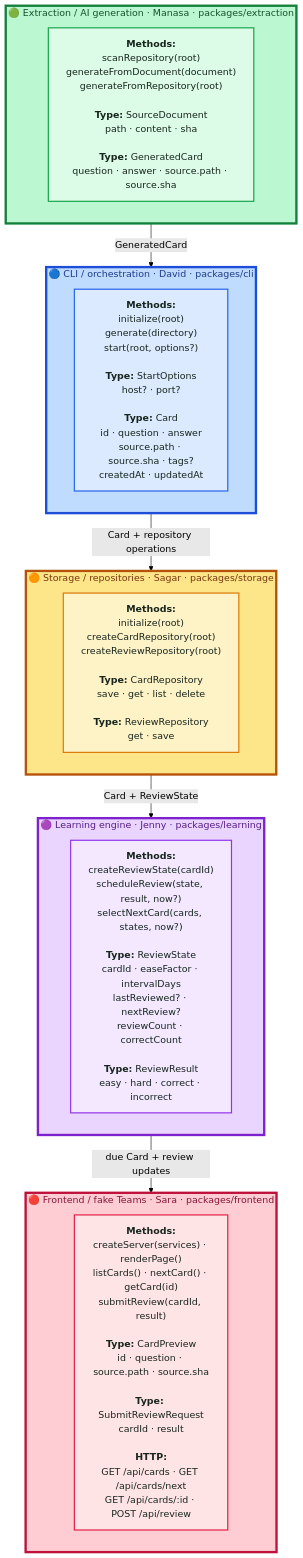
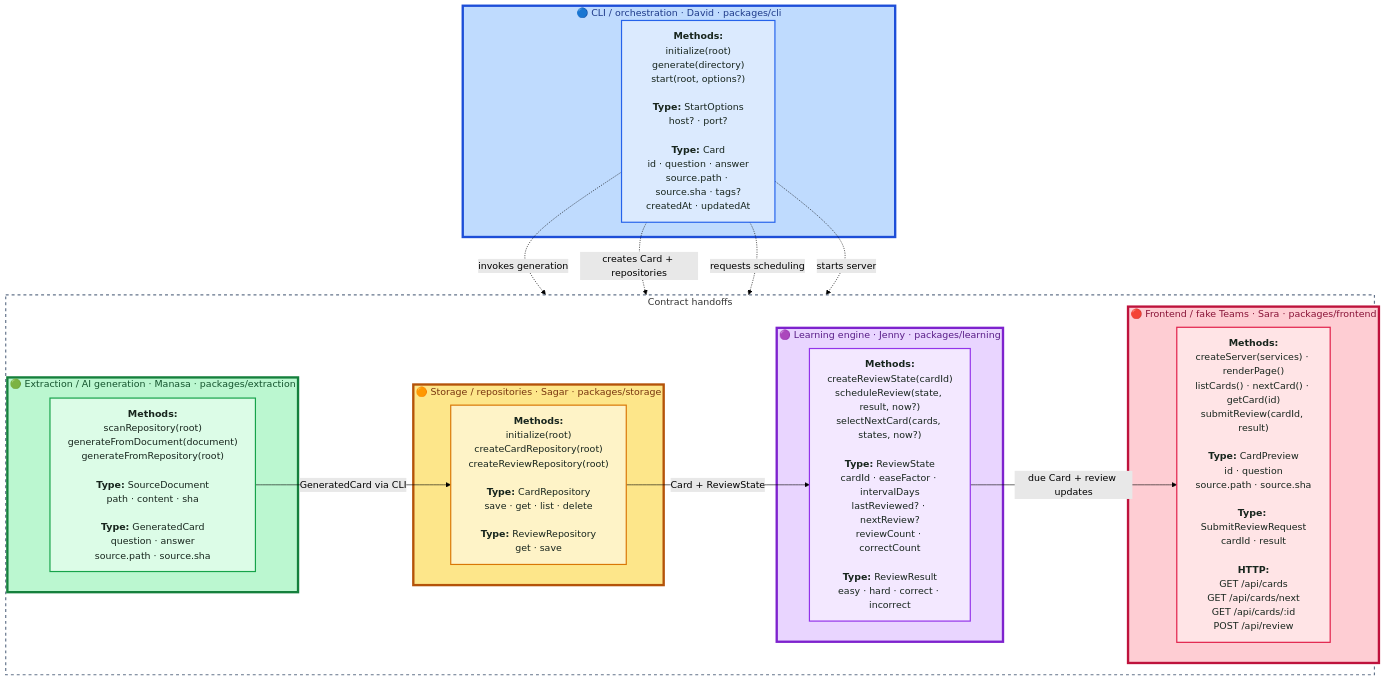
Before and after one commit to flashlearn-ai/flashlearn: the diagram in README.md, drawn with Mermaid (forest theme). The commit also changed other lines of this file and 1 other file, not shown here.

Commit message:
Improve workstream status and contract layout

````diff
--- a/README.md
+++ b/README.md
@@ -87,48 +92,50 @@
 ```mermaid
 flowchart TD
-  subgraph ExtractionRegion["🟢 Extraction / AI generation · Manasa · packages/extraction"]
-    direction TB
-    Extraction["<b>Methods:</b><br/>scanRepository(root)<br/>generateFromDocument(document)<br/>generateFromRepository(root)<br/><br/><b>Type:</b> SourceDocument<br/>path · content · sha<br/><br/><b>Type:</b> GeneratedCard<br/>question · answer · source.path · source.sha"]
-  end
-
   subgraph CLIRegion["🔵 CLI / orchestration · David · packages/cli"]
-    direction TB
     CLI["<b>Methods:</b><br/>initialize(root)<br/>generate(directory)<br/>start(root, options?)<br/><br/><b>Type:</b> StartOptions<br/>host? · port?<br/><br/><b>Type:</b> Card<br/>id · question · answer<br/>source.path · source.sha · tags?<br/>createdAt · updatedAt"]
   end
 
-  subgraph StorageRegion["🟠 Storage / repositories · Sagar · packages/storage"]
-    direction TB
-    Storage["<b>Methods:</b><br/>initialize(root)<br/>createCardRepository(root)<br/>createReviewRepository(root)<br/><br/><b>Type:</b> CardRepository<br/>save · get · list · delete<br/><br/><b>Type:</b> ReviewRepository<br/>get · save"]
+  subgraph PackagePipeline["Contract handoffs"]
+    direction LR
+    subgraph ExtractionRegion["🟢 Extraction / AI generation · Manasa · packages/extraction"]
+      Extraction["<b>Methods:</b><br/>scanRepository(root)<br/>generateFromDocument(document)<br/>generateFromRepository(root)<br/><br/><b>Type:</b> SourceDocument<br/>path · content · sha<br/><br/><b>Type:</b> GeneratedCard<br/>question · answer<br/>source.path · source.sha"]
+    end
+
+    subgraph StorageRegion["🟠 Storage / repositories · Sagar · packages/storage"]
+      Storage["<b>Methods:</b><br/>initialize(root)<br/>createCardRepository(root)<br/>createReviewRepository(root)<br/><br/><b>Type:</b> CardRepository<br/>save · get · list · delete<br/><br/><b>Type:</b> ReviewRepository<br/>get · save"]
+    end
+
+    subgraph LearningRegion["🟣 Learning engine · Jenny · packages/learning"]
+      Learning["<b>Methods:</b><br/>createReviewState(cardId)<br/>scheduleReview(state, result, now?)<br/>selectNextCard(cards, states, now?)<br/><br/><b>Type:</b> ReviewState<br/>cardId · easeFactor · intervalDays<br/>lastReviewed? · nextReview?<br/>reviewCount · correctCount<br/><br/><b>Type:</b> ReviewResult<br/>easy · hard · correct · incorrect"]
+    end
+
+    subgraph FrontendRegion["🔴 Frontend / fake Teams · Sara · packages/frontend"]
+      Frontend["<b>Methods:</b><br/>createServer(services) · renderPage()<br/>listCards() · nextCard() · getCard(id)<br/>submitReview(cardId, result)<br/><br/><b>Type:</b> CardPreview<br/>id · question<br/>source.path · source.sha<br/><br/><b>Type:</b> SubmitReviewRequest<br/>cardId · result<br/><br/><b>HTTP:</b><br/>GET /api/cards<br/>GET /api/cards/next<br/>GET /api/cards/:id<br/>POST /api/review"]
+    end
   end
 
-  subgraph LearningRegion["🟣 Learning engine · Jenny · packages/learning"]
-    direction TB
-    Learning["<b>Methods:</b><br/>createReviewState(cardId)<br/>scheduleReview(state, result, now?)<br/>selectNextCard(cards, states, now?)<br/><br/><b>Type:</b> ReviewState<br/>cardId · easeFactor · intervalDays<br/>lastReviewed? · nextReview?<br/>reviewCount · correctCount<br/><br/><b>Type:</b> ReviewResult<br/>easy · hard · correct · incorrect"]
-  end
-
-  subgraph FrontendRegion["🔴 Frontend / fake Teams · Sara · packages/frontend"]
-    direction TB
-    Frontend["<b>Methods:</b><br/>createServer(services) · renderPage()<br/>listCards() · nextCard() · getCard(id)<br/>submitReview(cardId, result)<br/><br/><b>Type:</b> CardPreview<br/>id · question · source.path · source.sha<br/><br/><b>Type:</b> SubmitReviewRequest<br/>cardId · result<br/><br/><b>HTTP:</b><br/>GET /api/cards · GET /api/cards/next<br/>GET /api/cards/:id · POST /api/review"]
-  end
-
-  Extraction -->|GeneratedCard| CLI
-  CLI -->|Card + repository operations| Storage
+  Extraction -->|GeneratedCard via CLI| Storage
   Storage -->|Card + ReviewState| Learning
   Learning -->|due Card + review updates| Frontend
+  CLI -.->|invokes generation| Extraction
+  CLI -.->|creates Card + repositories| Storage
+  CLI -.->|requests scheduling| Learning
+  CLI -.->|starts server| Frontend
 
   classDef cli fill:#dbeafe,color:#17251d,stroke:#2563eb,stroke-width:2px;
   classDef extraction fill:#dcfce7,color:#17251d,stroke:#16a34a,stroke-width:2px;
   classDef storage fill:#fef3c7,color:#17251d,stroke:#d97706,stroke-width:2px;
   classDef learning fill:#f3e8ff,color:#17251d,stroke:#9333ea,stroke-width:2px;
   classDef frontend fill:#ffe4e6,color:#17251d,stroke:#e11d48,stroke-width:2px;
   class CLI cli;
   class Extraction extraction;
   class Storage storage;
   class Learning learning;
   class Frontend frontend;
   style ExtractionRegion fill:#bbf7d0,stroke:#15803d,stroke-width:4px,color:#14532d
   style CLIRegion fill:#bfdbfe,stroke:#1d4ed8,stroke-width:4px,color:#1e3a8a
   style StorageRegion fill:#fde68a,stroke:#b45309,stroke-width:4px,color:#78350f
   style LearningRegion fill:#e9d5ff,stroke:#7e22ce,stroke-width:4px,color:#581c87
   style FrontendRegion fill:#fecdd3,stroke:#be123c,stroke-width:4px,color:#881337
+  style PackagePipeline fill:transparent,stroke:#64748b,stroke-width:2px,stroke-dasharray:5 5
 ```
````
